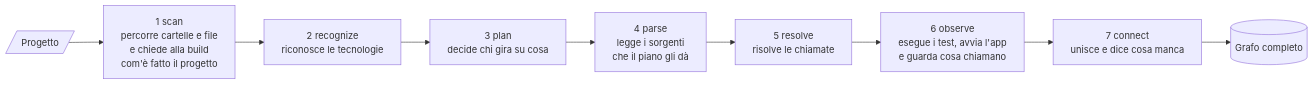
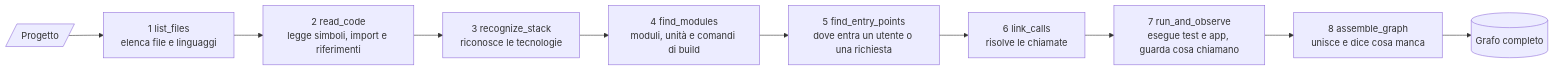
The second of 5 diagrams in docs/plugins/codebase-map.md (acaprino/daodan), drawn with Mermaid before and after one commit. The commit also changed other lines of this file and 1 other file, not shown here.

````diff
--- a/docs/plugins/codebase-map.md
+++ b/docs/plugins/codebase-map.md
@@ -220,11 +233,7 @@
 ```mermaid
 flowchart LR
-  P[/Progetto/] --> scan
-  scan["1 scan<br>percorre cartelle e file<br>e chiede alla build<br>com'è fatto il progetto"] --> recognize
-  recognize["2 recognize<br>riconosce le tecnologie"] --> plan
-  plan["3 plan<br>decide chi gira su cosa"] --> parse
-  parse["4 parse<br>legge i sorgenti<br>che il piano gli dà"] --> resolve
-  resolve["5 resolve<br>risolve le chiamate"] --> observe
-  observe["6 observe<br>esegue i test, avvia l'app<br>e guarda cosa chiamano"] --> connect
-  connect["7 connect<br>unisce e dice cosa manca"] --> G[(Grafo completo)]
+  P[/Progetto/] --> lf["1 list_files<br>elenca file e linguaggi"] --> rc["2 read_code<br>legge simboli, import e riferimenti"]
+  rc --> rs["3 recognize_stack<br>riconosce le tecnologie"] --> fm["4 find_modules<br>moduli, unità e comandi di build"]
+  fm --> fe["5 find_entry_points<br>dove entra un utente o una richiesta"] --> lc["6 link_calls<br>risolve le chiamate"]
+  lc --> ro["7 run_and_observe<br>esegue test e app, guarda cosa chiamano"] --> ag["8 assemble_graph<br>unisce e dice cosa manca"] --> G[(Grafo completo)]
 ```
````
